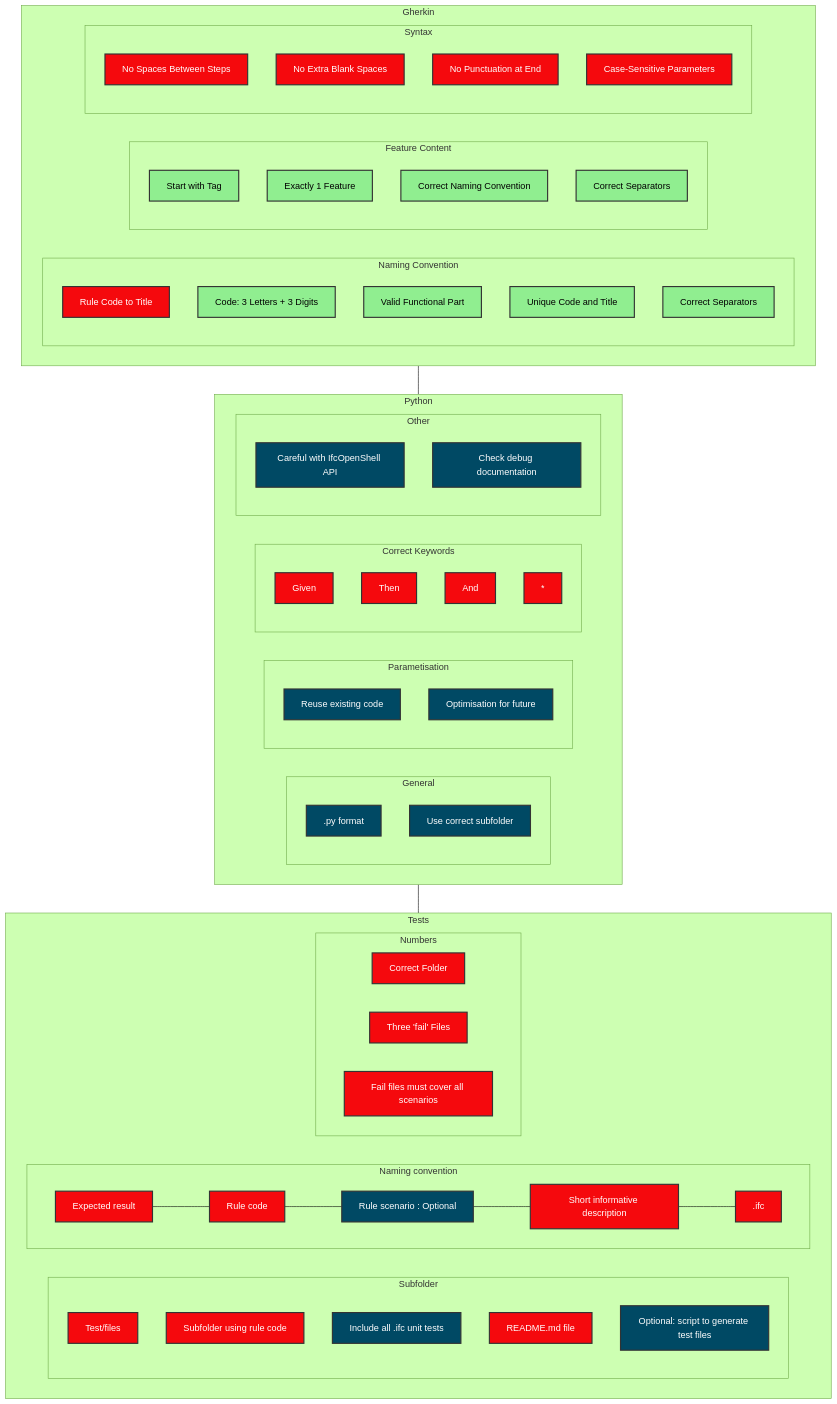
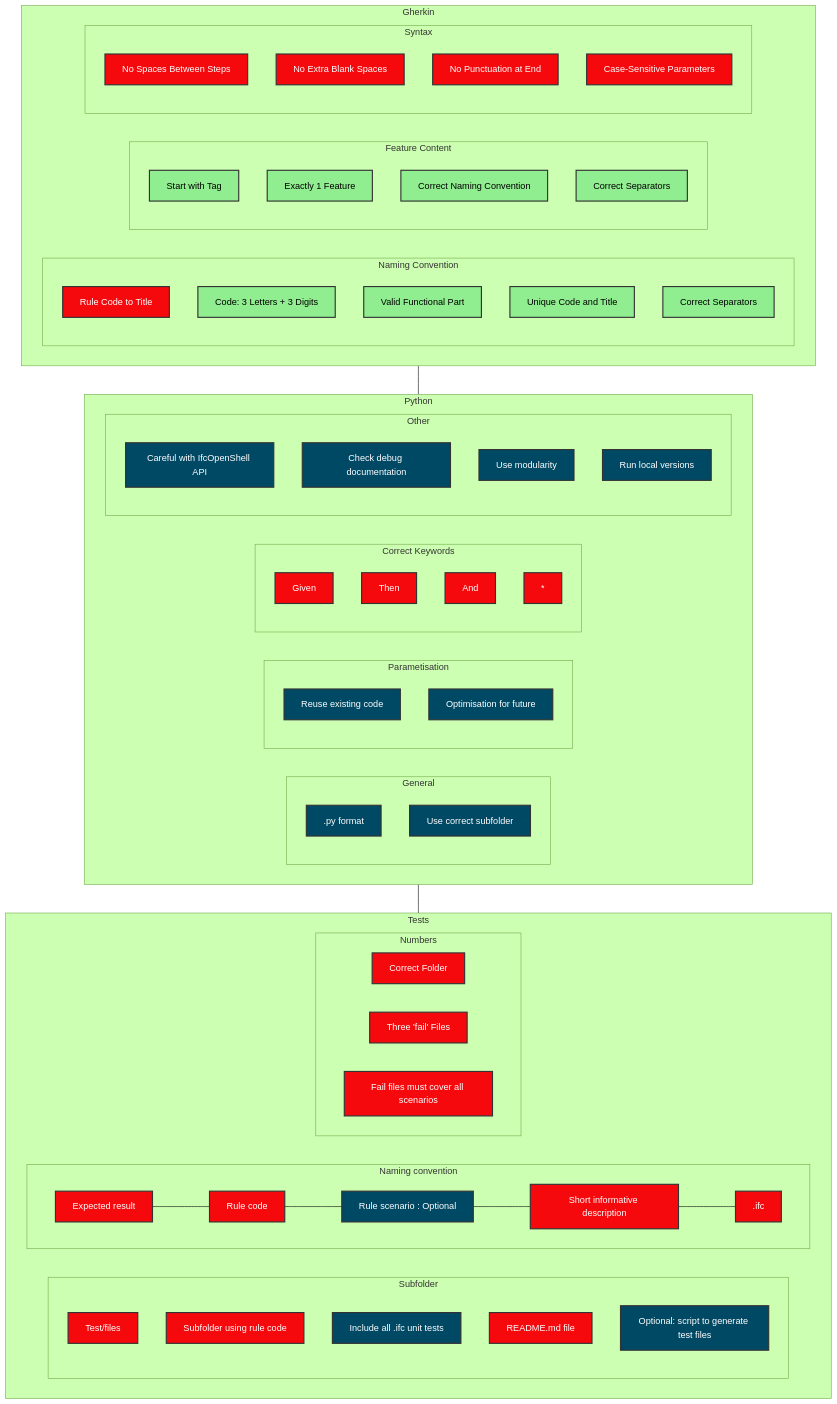
One commit to Ghesselink/Rule_Creation changed the fourth of 4 diagrams in README.md. Above: the diagram before and after it, drawn with Mermaid (forest theme). The commit also changed other lines of this file and 6 other files, not shown here.

````diff
--- a/README.md
+++ b/README.md
@@ -103,80 +159,80 @@
 ```mermaid
 graph TB
     classDef green fill:#90EE90,stroke:#333,stroke-width:2px, color:black;
     classDef red fill:#F5090D,stroke:#333,stroke-width:2px, color:white;
     classDef blue fill:#004964,stroke:#333,stroke-width:2px, color:white;
     subgraph Gherkin
         subgraph Naming Convention
             A[Rule Code to Title]:::red
             B[Code: 3 Letters + 3 Digits]:::green
             C[Valid Functional Part]:::green
             D[Unique Code and Title]:::green
             E[Correct Separators]:::green
         end
         subgraph Feature Content
             F[Start with Tag]:::green
             G[Exactly 1 Feature]:::green
             H[Correct Naming Convention]:::green
             I[Correct Separators]:::green
         end
         subgraph Syntax
             J[No Spaces Between Steps]:::red
             K[No Extra Blank Spaces]:::red
             L[No Punctuation at End]:::red
             M[Case-Sensitive Parameters]:::red
         end
     end
     subgraph Python
         subgraph General
             BB[.py format]:::blue
             BC[Use correct subfolder]:::blue
         end
         subgraph Parametisation
             BD[Reuse existing code]:::blue
             BE[Optimisation for future]:::blue
         end
         subgraph Correct Keywords
             BF[Given]:::red
             BG[Then]:::red
             BH[And]:::red
             BI[*]:::red
         end
         subgraph Other
             BJ[Careful with IfcOpenShell API]:::blue
             BK[Check debug documentation]:::blue
+            BAA[Use modularity]:::blue
+            BAB[Run local versions]:::blue
         end
     end
     subgraph Tests
         subgraph Subfolder
             CA[Test/files]:::red
             CB[Subfolder using rule code]:::red
             CH[Include all .ifc unit tests]:::blue
             CI[README.md file]:::red
             CJ[Optional: script to generate test files]:::blue
         end
         subgraph Naming convention
             direction RL
             CG[.ifc]:::red
             CF[Short informative description]:::red
             CE[Rule scenario : Optional]:::blue
             CD[Rule code]:::red
             CC[Expected result]:::red
         end
         subgraph Numbers
             direction RL
             CZ[At least 1 pass file]:::red
             CX[At least 3 fail files]:::red
             CR[Fail files must cover all scenarios]:::red
         end
         CG --- CF
         CF --- CE
         CE --- CD
         CD --- CC
         CZ[Correct Folder]
         CX[Three 'fail' Files]
     end
     Gherkin --- Python
     Python --- Tests
-
-
 ```
````
